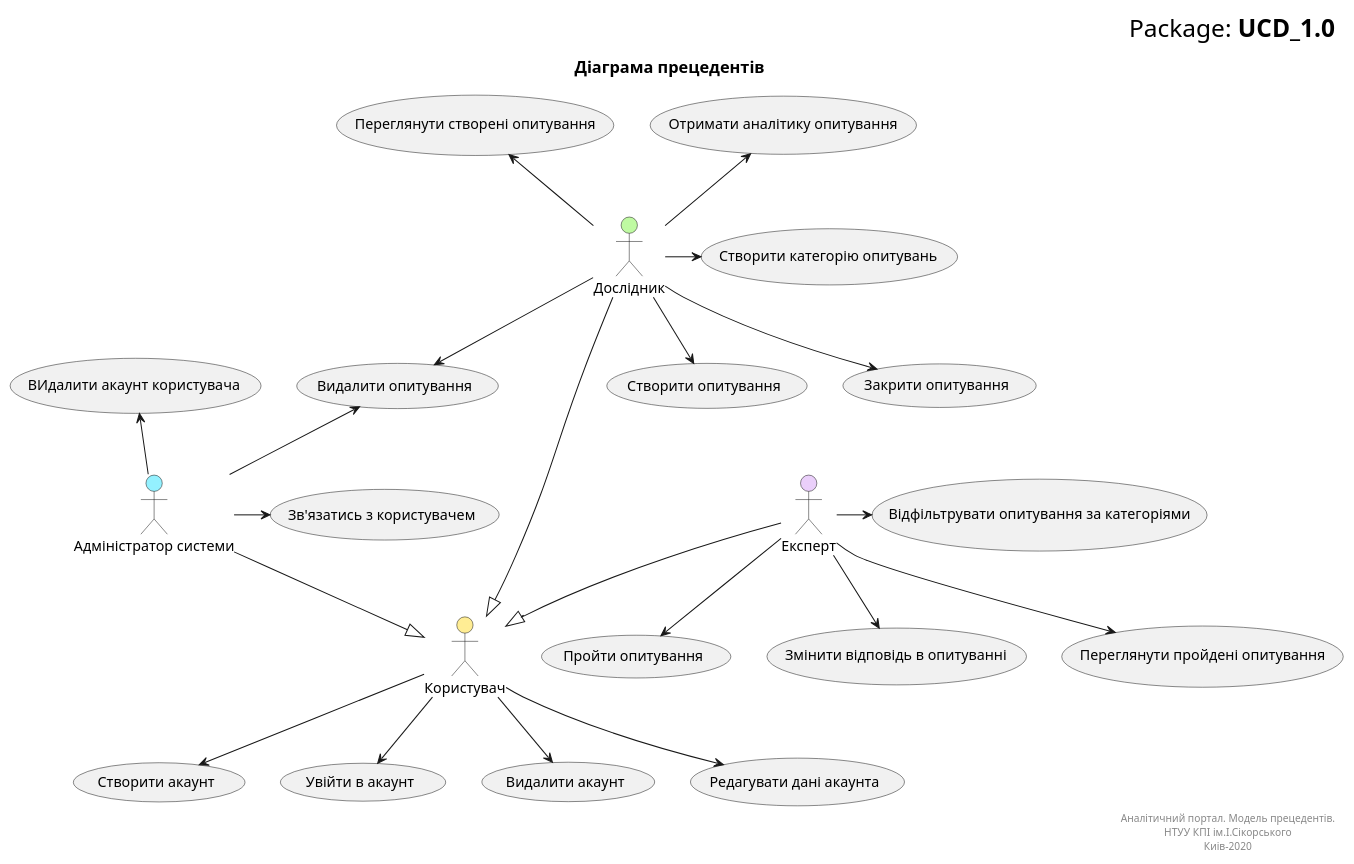
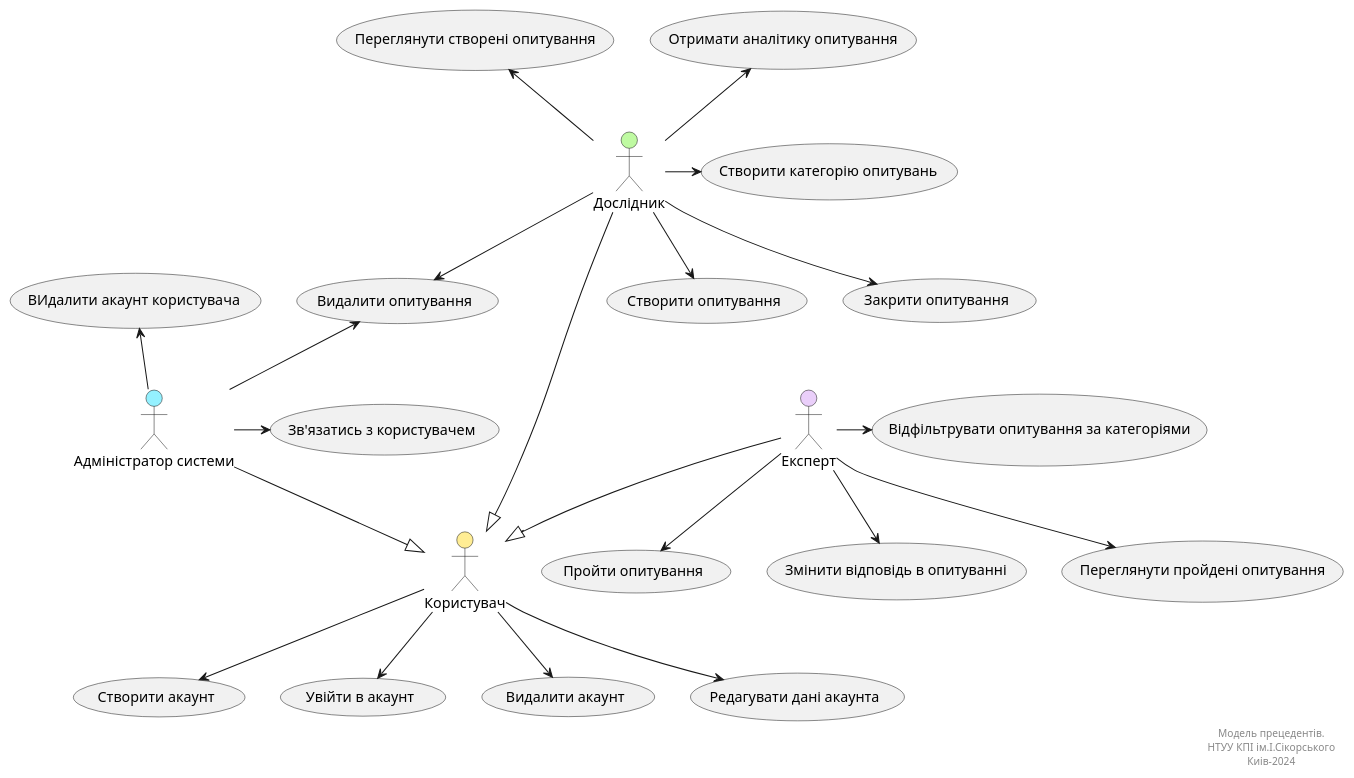
One commit to generalmaks/db_labs changed the first of 2 diagrams in docs/use_cases.md. Above: the diagram before and after it, drawn with PlantUML. The commit also changed other lines of this file, not shown here.

Commit message:
Add researcher use case diagram

````diff
--- a/docs/use_cases.md
+++ b/docs/use_cases.md
@@ -93,71 +93,61 @@
 ```plantuml
 @startuml
-
-    right header
-        <font size=24 color=black>Package: <b>UCD_1.0
-    end header
-
-    title
-        <font size=16 color=black>Діаграма прецедентів
-    end title
-
 
     actor "Користувач" as User #ffed94
     actor "Дослідник" as Researcher #bffaa2
     actor "Експерт" as Expert #eacffa
     actor "Адміністратор системи" as Admin #94f1ff
-    
     
     usecase "Створити акаунт" as UC_1.1
     usecase "Увійти в акаунт" as UC_1.2  
     usecase "Видалити акаунт" as UC_1.3
     usecase "Редагувати дані акаунта" as UC_1.4
     
     usecase "Створити опитування" as UC_2.1
     usecase "Закрити опитування" as UC_2.2
     usecase "Видалити опитування" as UC_2.3
     usecase "Отримати аналітику опитування" as UC_2.4
     usecase "Переглянути створені опитування" as UC_2.5
     usecase "Створити категорію опитувань" as UC_2.6
     
     usecase "Пройти опитування" as UC_3.1
     usecase "Змінити відповідь в опитуванні" as UC_3.2
     usecase "Переглянути пройдені опитування" as UC_3.3
     usecase "Відфільтрувати опитування за категоріями" as UC_3.4
     
     usecase "ВИдалити акаунт користувача" as UC_4.1
     usecase "Зв'язатись з користувачем" as UC_4.2
 
     User --> UC_1.1
     User --> UC_1.2
     User --> UC_1.3
     User --> UC_1.4
     
     Researcher --|> User 
     Expert --|> User
     Admin --|> User
     
     Researcher --> UC_2.1
     Researcher --> UC_2.2
     Researcher --> UC_2.3
     Researcher -up-> UC_2.4
     Researcher -up-> UC_2.5
     Researcher -> UC_2.6
     
     Expert --> UC_3.1
     Expert --> UC_3.2
     Expert --> UC_3.3
     Expert -right-> UC_3.4
     
     Admin -up-> UC_2.3
     Admin -up-> UC_4.1
     Admin -> UC_4.2
     
     right footer
-        Аналітичний портал. Модель прецедентів.
+        Модель прецедентів.
         НТУУ КПІ ім.І.Сікорського
-        Киів-2020
+        Киів-2024
     end footer
 
 @enduml
 ```
````
